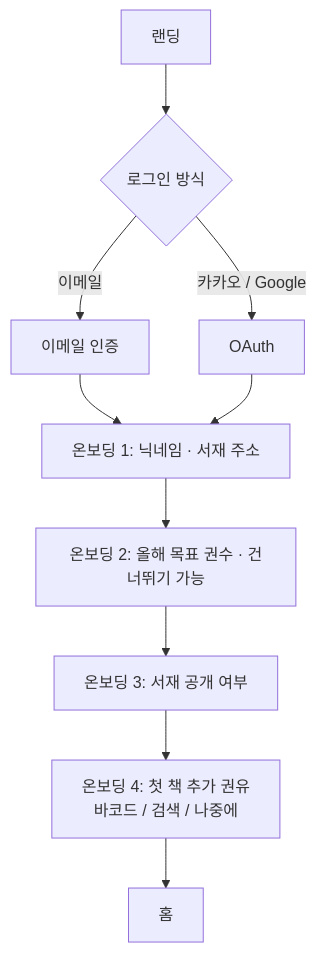
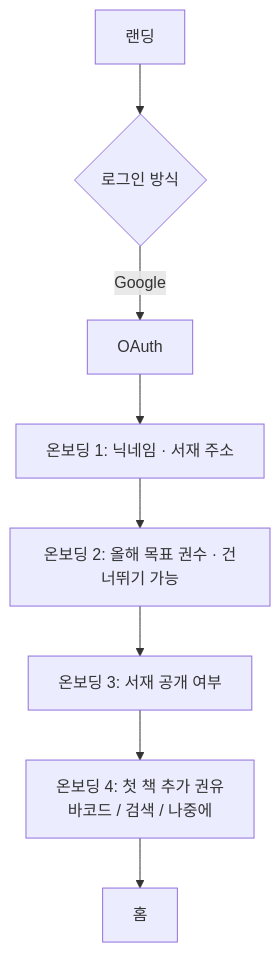
One commit to kimbany/kimbany.github.io changed the second of 6 diagrams in folio/docs/PLAN.md. Above: the diagram before and after it, drawn with Mermaid. The commit also changed other lines of this file, not shown here.

````diff
--- a/folio/docs/PLAN.md
+++ b/folio/docs/PLAN.md
@@ -227,11 +224,10 @@
 ```mermaid
 flowchart TD
   A[랜딩] --> B{로그인 방식}
-  B -->|이메일| C[이메일 인증]
-  B -->|카카오 / Google| D[OAuth]
-  C & D --> E[온보딩 1: 닉네임 · 서재 주소]
+  B -->|Google| D[OAuth]
+  D --> E[온보딩 1: 닉네임 · 서재 주소]
   E --> F[온보딩 2: 올해 목표 권수 · 건너뛰기 가능]
   F --> G[온보딩 3: 서재 공개 여부]
   G --> H[온보딩 4: 첫 책 추가 권유<br/>바코드 / 검색 / 나중에]
   H --> I[홈]
 ```
````
